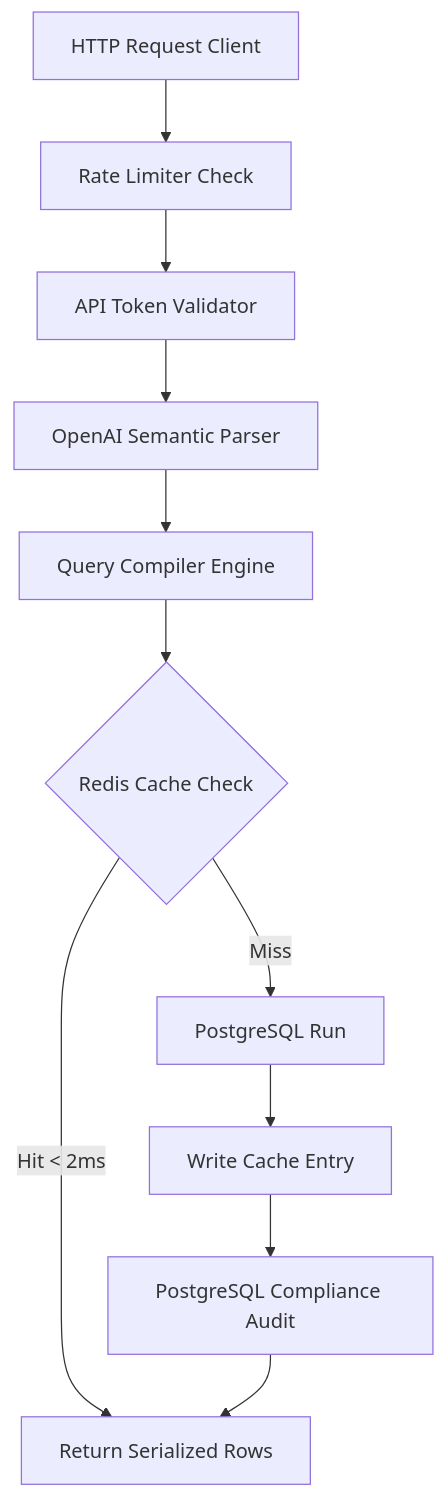
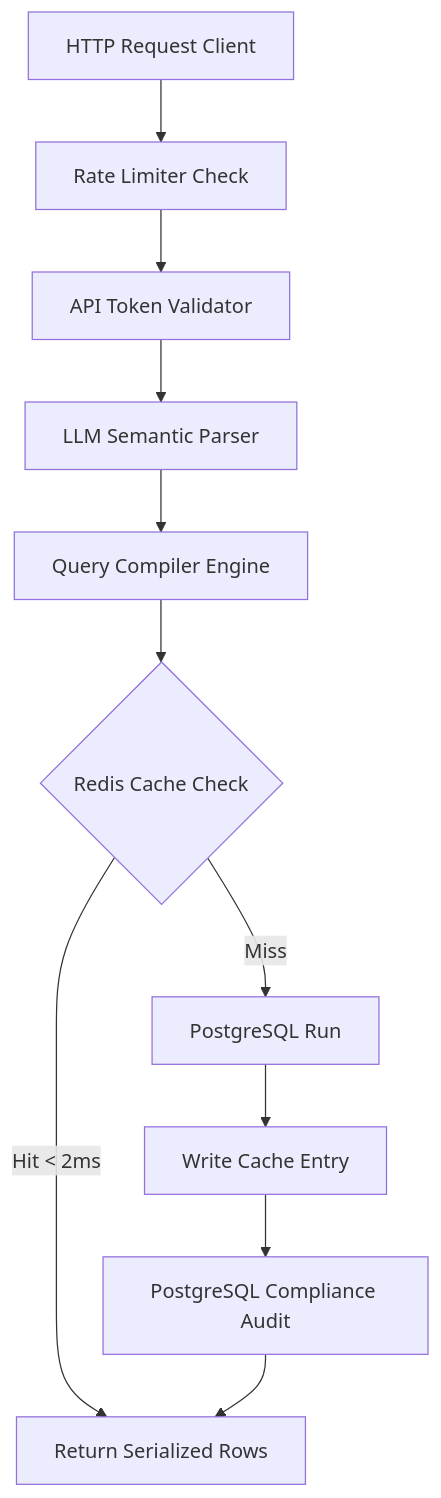
One commit to palmshed/predicate changed the first of 2 diagrams in README.md. Above: the diagram before and after it, drawn with Mermaid. The commit also changed other lines of this file, not shown here.

First line of the commit message:
Fix README: API example, Mermaid diagram, commands, security section

````diff
--- a/README.md
+++ b/README.md
@@ -28,13 +28,13 @@
 ```mermaid
 graph TD
     A[HTTP Request Client] --> B[Rate Limiter Check]
     B --> C[API Token Validator]
-    C --> D[OpenAI Semantic Parser]
+    C --> D[LLM Semantic Parser]
     D --> E[Query Compiler Engine]
     E --> F{Redis Cache Check}
     F -- Hit < 2ms --> G[Return Serialized Rows]
     F -- Miss --> H[PostgreSQL Run]
     H --> I[Write Cache Entry]
     I --> J[PostgreSQL Compliance Audit]
     J --> G
 ```
````
